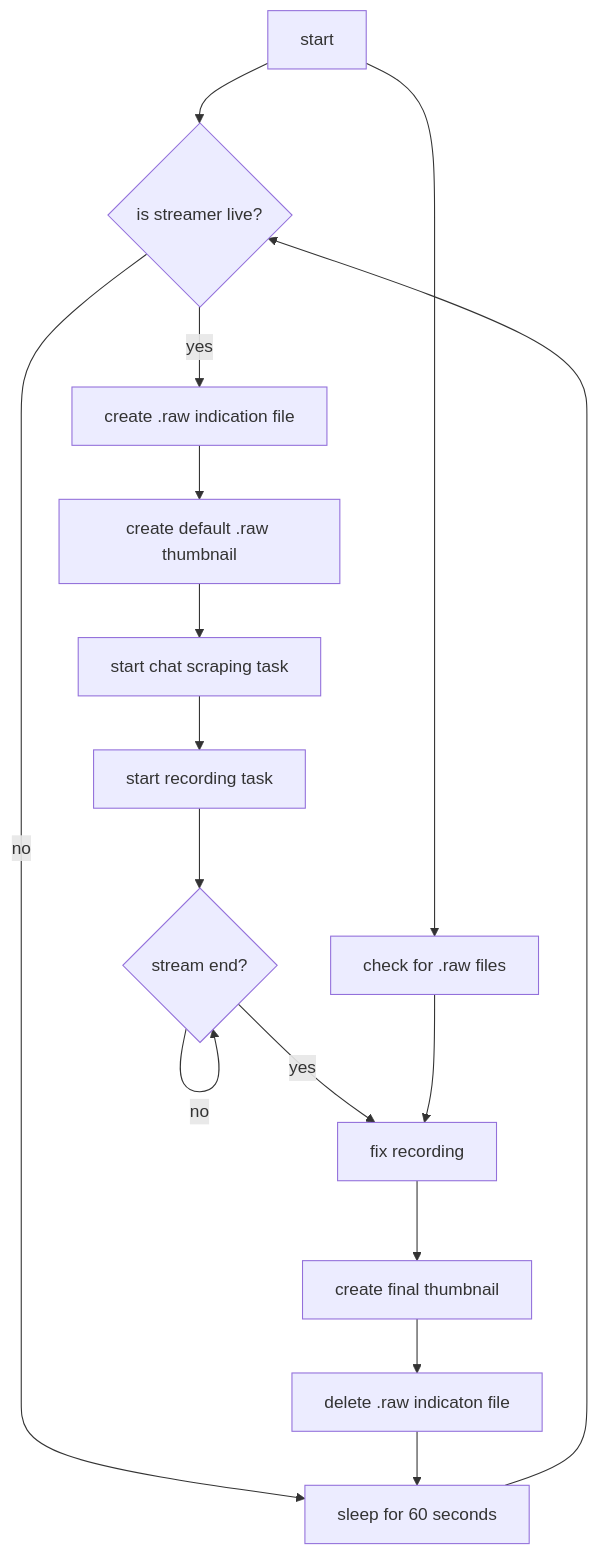
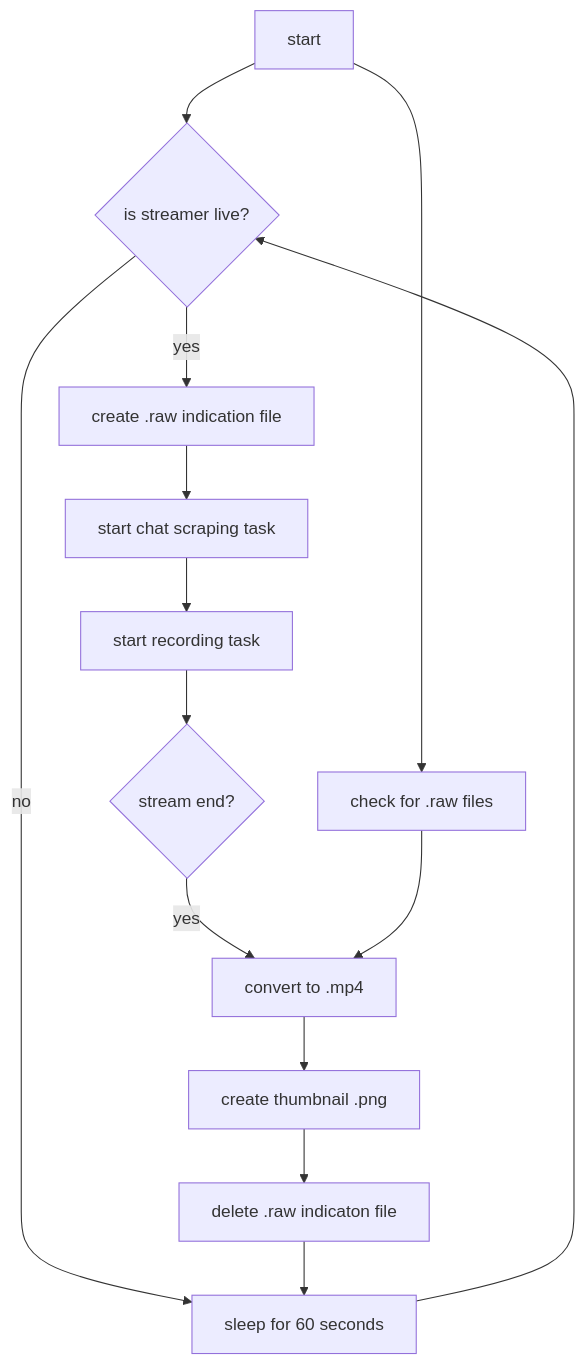
Before and after one commit to ThirtySix361/twitchrecorder: the diagram in README.md, drawn with Mermaid. The commit also changed other lines of this file and 24 other files, not shown here.

````diff
--- a/README.md
+++ b/README.md
@@ -77,39 +82,36 @@
 ```mermaid
 graph TD
 
     start[start]
     checkraw[check for .raw files]
     islive{is streamer live?}
-    finalthumb[create final thumbnail]
+    finalthumb[create thumbnail .png]
     deleteraw[delete .raw indicaton file]
     sleep[sleep for 60 seconds]
-    defaultthumbnail[create default .raw thumbnail]
     createraw[create .raw indication file]
     startrecording[start recording task]
     chattask[start chat scraping task]
     streamend{stream end?}
-    fixrecording[fix recording]
+    fixrecording[convert to .mp4]
 
     start --> islive
     start --> checkraw
 
     islive -->|no| sleep
     islive -->|yes| createraw
 
-    createraw --> defaultthumbnail
-    defaultthumbnail --> chattask
+    createraw --> chattask
     chattask --> startrecording
     startrecording --> streamend
 
     streamend -->|yes| fixrecording
-    streamend -->|no| streamend
 
     checkraw --> fixrecording
 
     fixrecording --> finalthumb
     finalthumb --> deleteraw
     deleteraw --> sleep
 
     sleep --> islive
 
 ```
````
